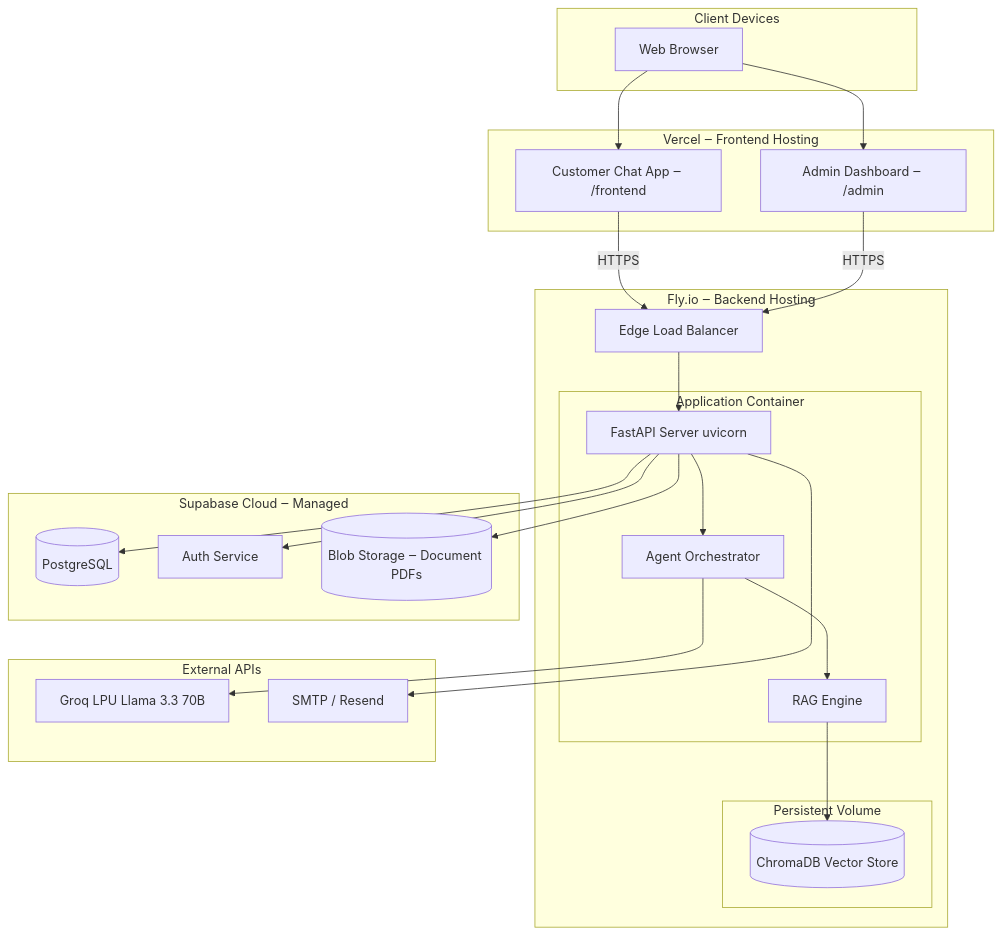
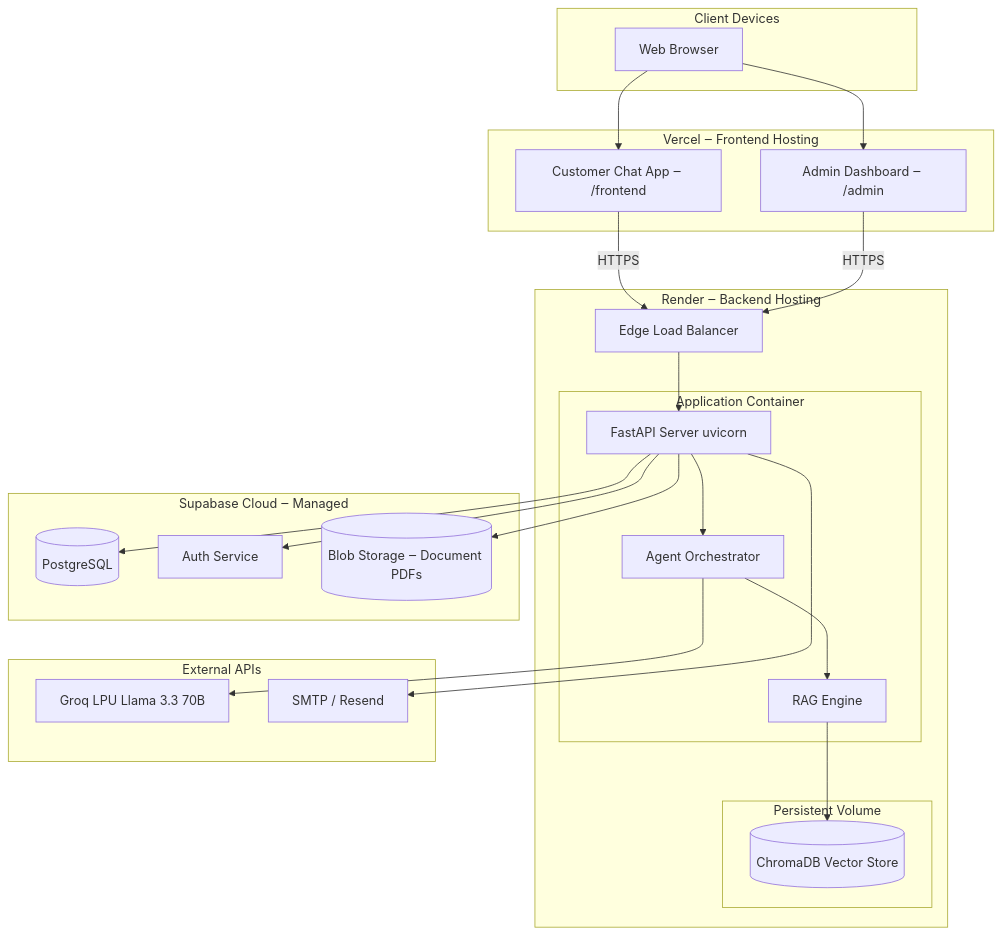
Before and after one commit to Mohammedkaif-27/AURA: the fifth of 5 diagrams in README.md, drawn with Mermaid. The commit also changed other lines of this file, not shown here.

Commit message:
Update deployment instructions to use Render instead of Fly.io

````diff
--- a/README.md
+++ b/README.md
@@ -346,48 +346,48 @@
 ```mermaid
 graph TD
     subgraph Client ["Client Devices"]
         Browser["Web Browser"]
     end
 
     subgraph Vercel ["Vercel ‒ Frontend Hosting"]
         FE_Customer["Customer Chat App ‒ /frontend"]
         FE_Admin["Admin Dashboard ‒ /admin"]
     end
 
-    subgraph FlyIO ["Fly.io ‒ Backend Hosting"]
+    subgraph Render ["Render ‒ Backend Hosting"]
         LB["Edge Load Balancer"]
         subgraph App_Tier ["Application Container"]
             FastAPI_App["FastAPI Server uvicorn"]
             OrchestratorNode["Agent Orchestrator"]
             RAG_Engine["RAG Engine"]
         end
         subgraph Persistent_Storage ["Persistent Volume"]
             ChromaDB_Vol[("ChromaDB Vector Store")]
         end
     end
 
     subgraph Supabase_Cloud ["Supabase Cloud ‒ Managed"]
         PostgreSQL[("PostgreSQL")]
         Auth["Auth Service"]
         BlobStorage[("Blob Storage ‒ Document PDFs")]
     end
 
     subgraph External ["External APIs"]
         Groq["Groq LPU Llama 3.3 70B"]
         EmailProvider["SMTP / Resend"]
     end
 
     Browser --> FE_Customer
     Browser --> FE_Admin
     FE_Customer -->|HTTPS| LB
     FE_Admin -->|HTTPS| LB
     LB --> FastAPI_App
     FastAPI_App --> OrchestratorNode
     OrchestratorNode --> RAG_Engine
     RAG_Engine --> ChromaDB_Vol
     FastAPI_App --> PostgreSQL
     FastAPI_App --> Auth
     FastAPI_App --> BlobStorage
     OrchestratorNode --> Groq
     FastAPI_App --> EmailProvider
 ```
````
